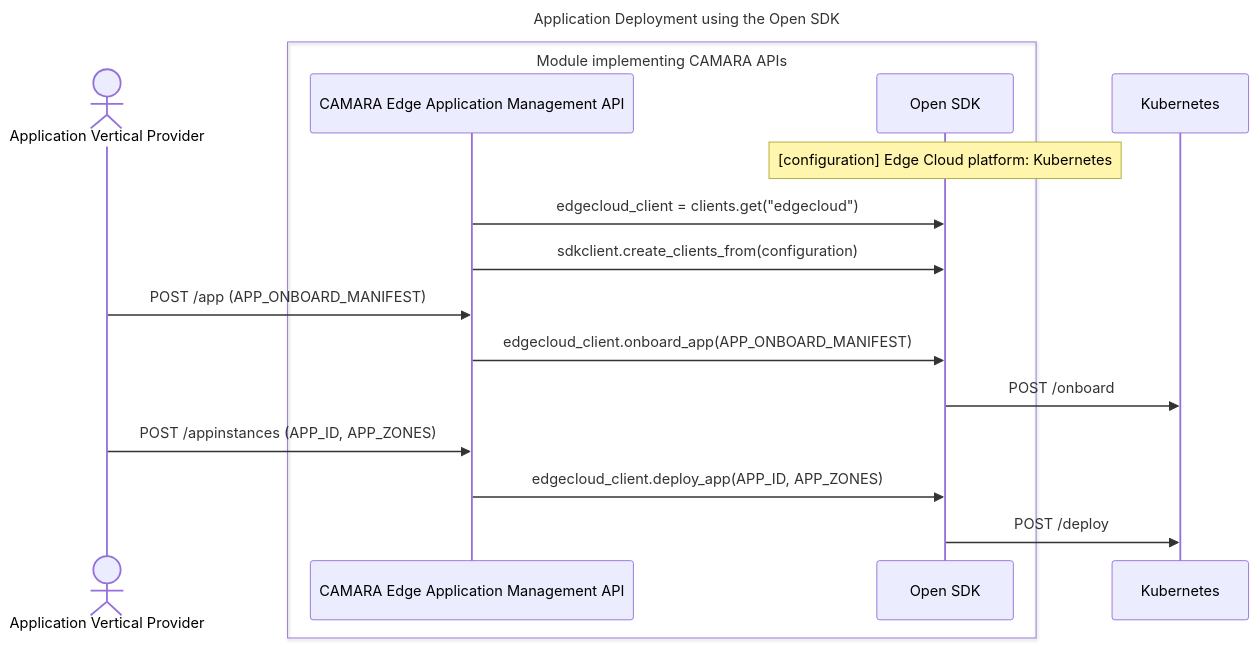
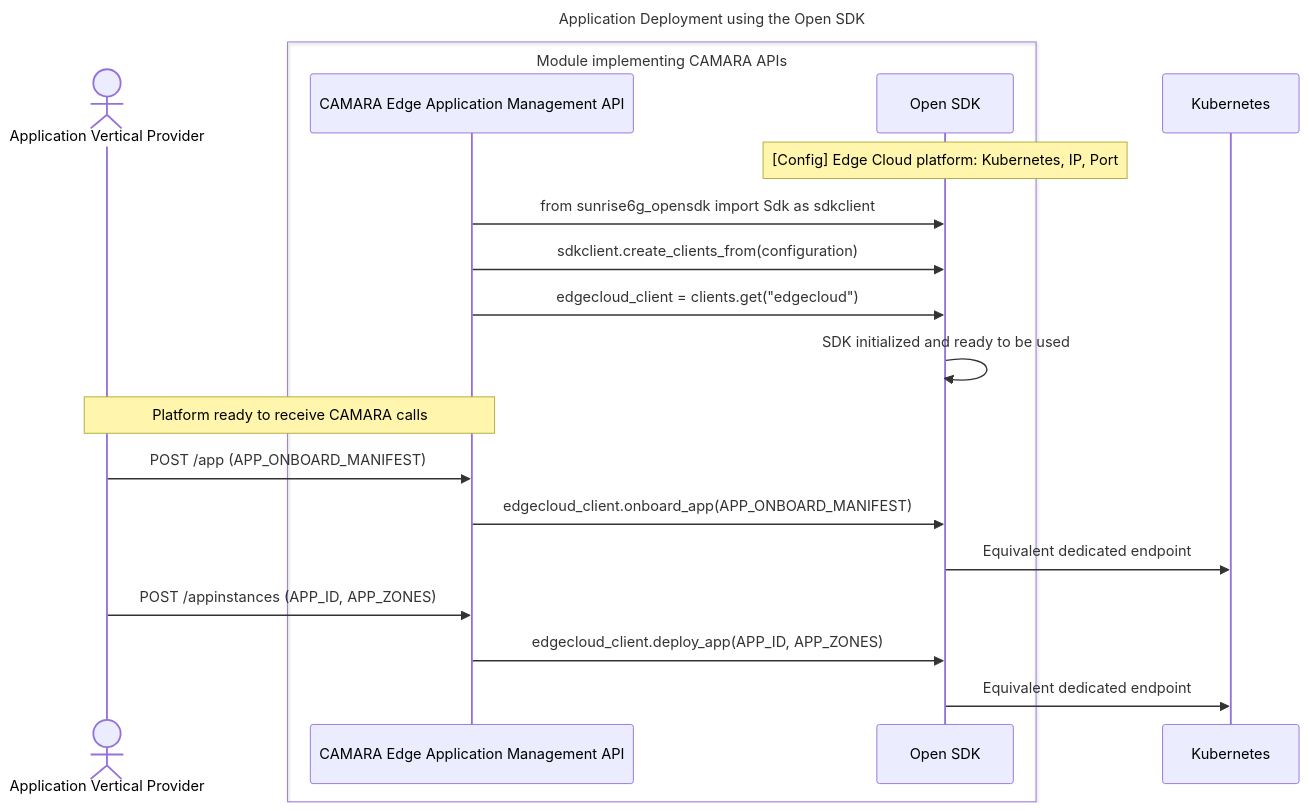
One commit to tassospandis/open-sdk changed the first of 2 diagrams in README.md. Above: the diagram before and after it, drawn with Mermaid. The commit also changed other lines of this file, not shown here.

Commit message:
Improve seq diagram under readme. Add network example

````diff
--- a/README.md
+++ b/README.md
@@ -95,21 +95,24 @@
 ```mermaid
 sequenceDiagram
 title Application Deployment using the Open SDK
 
 actor AP as Application Vertical Provider
 box Module implementing CAMARA APIs
     participant API as CAMARA Edge Application Management API
     participant SDK as Open SDK
 end
 participant K8s as Kubernetes
 
-note over SDK: [configuration] Edge Cloud platform: Kubernetes
+note over SDK: [Config] Edge Cloud platform: Kubernetes, IP, Port
+API ->> SDK: from sunrise6g_opensdk import Sdk as sdkclient
+API ->> SDK: sdkclient.create_clients_from(configuration)
 API ->> SDK: edgecloud_client = clients.get("edgecloud")
-API ->> SDK: sdkclient.create_clients_from(configuration)
+SDK ->> SDK: SDK initialized and ready to be used
+note over AP,API: Platform ready to receive CAMARA calls
 AP ->> API: POST /app (APP_ONBOARD_MANIFEST)
 API ->> SDK: edgecloud_client.onboard_app(APP_ONBOARD_MANIFEST)
-SDK ->> K8s: POST /onboard
+SDK ->> K8s: Equivalent dedicated endpoint
 AP ->> API: POST /appinstances (APP_ID, APP_ZONES)
 API ->> SDK: edgecloud_client.deploy_app(APP_ID, APP_ZONES)
-SDK ->> K8s: POST /deploy
+SDK ->> K8s: Equivalent dedicated endpoint
 ```
````
